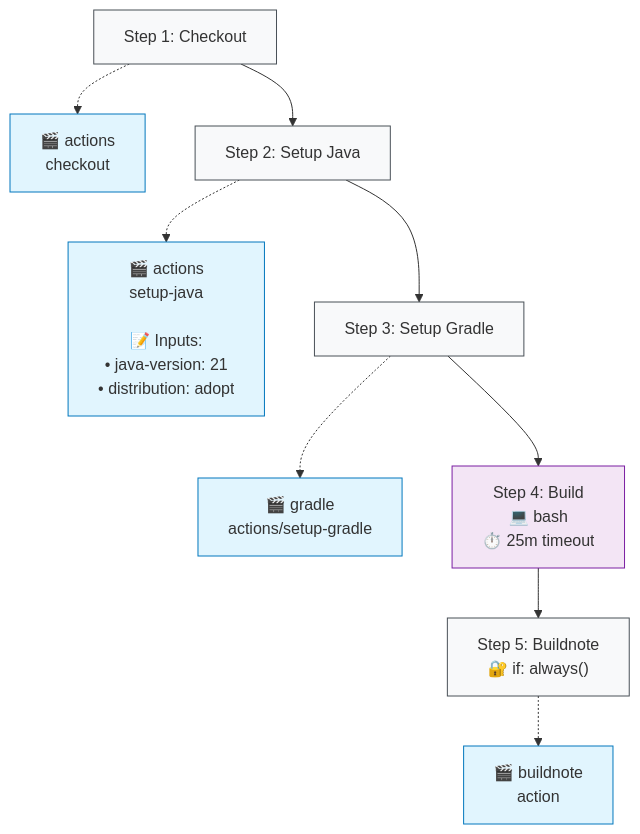
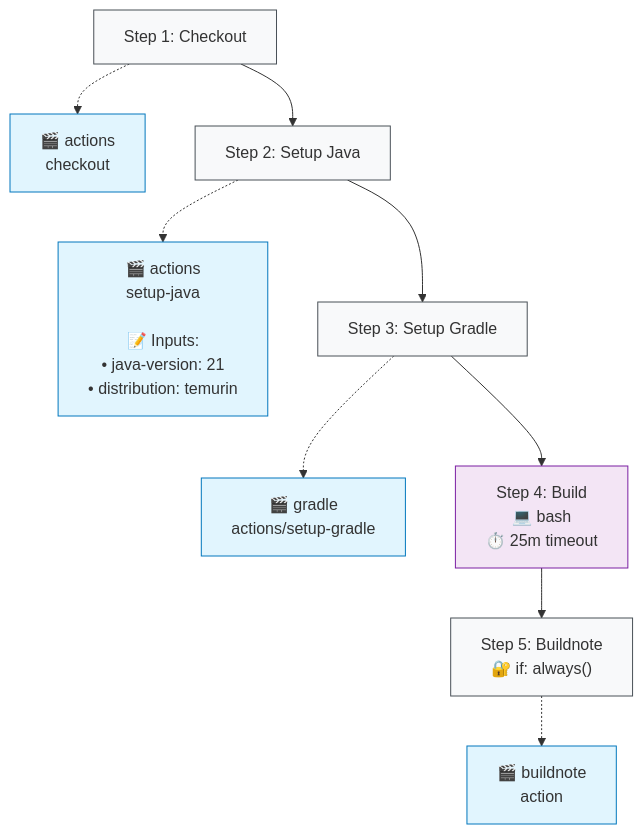
The second of 2 diagrams in .github/typeflows/shutdown-tests/README.md (http4k/http4k), drawn with Mermaid before and after one commit. The commit also changed 27 other files, not shown here.

````diff
--- a/.github/typeflows/shutdown-tests/README.md
+++ b/.github/typeflows/shutdown-tests/README.md
@@ -22,30 +22,30 @@
 ```mermaid
 %%{init: {"flowchart": {"curve": "basis"}}}%%
 flowchart TD
     step1["Step 1: Checkout"]
     style step1 fill:#f8f9fa,stroke:#495057
     action1["🎬 actions<br/>checkout"]
     style action1 fill:#e1f5fe,stroke:#0277bd
     step1 -.-> action1
     step2["Step 2: Setup Java"]
     style step2 fill:#f8f9fa,stroke:#495057
-    action2["🎬 actions<br/>setup-java<br/><br/>📝 Inputs:<br/>• java-version: 21<br/>• distribution: adopt"]
+    action2["🎬 actions<br/>setup-java<br/><br/>📝 Inputs:<br/>• java-version: 21<br/>• distribution: temurin"]
     style action2 fill:#e1f5fe,stroke:#0277bd
     step2 -.-> action2
     step1 --> step2
     step3["Step 3: Setup Gradle"]
     style step3 fill:#f8f9fa,stroke:#495057
     action3["🎬 gradle<br/>actions/setup-gradle"]
     style action3 fill:#e1f5fe,stroke:#0277bd
     step3 -.-> action3
     step2 --> step3
     step4["Step 4: Build<br/>💻 bash<br/>⏱️ 25m timeout"]
     style step4 fill:#f3e5f5,stroke:#7b1fa2
     step3 --> step4
     step5["Step 5: Buildnote<br/>🔐 if: always()"]
     style step5 fill:#f8f9fa,stroke:#495057
     action5["🎬 buildnote<br/>action"]
     style action5 fill:#e1f5fe,stroke:#0277bd
     step5 -.-> action5
     step4 --> step5
 ```
````
